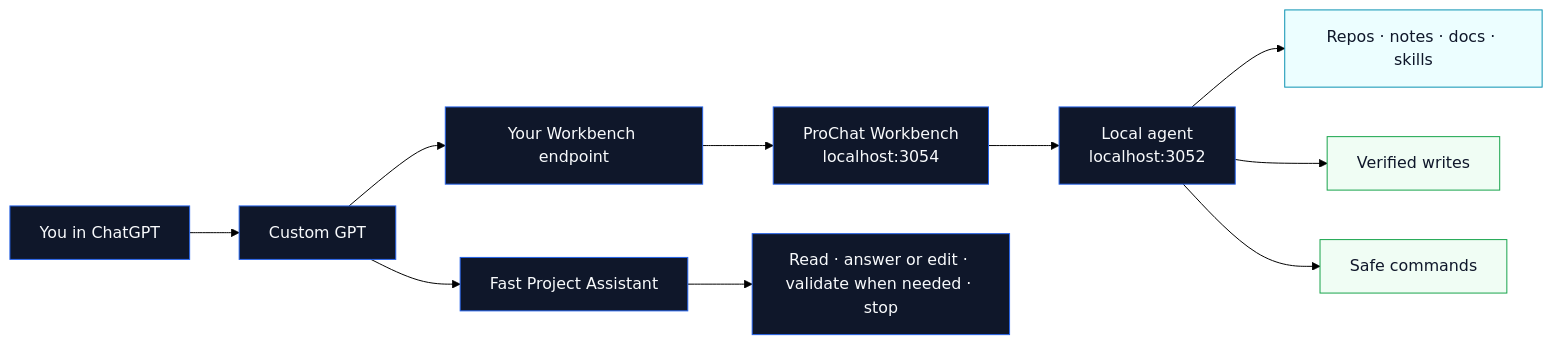
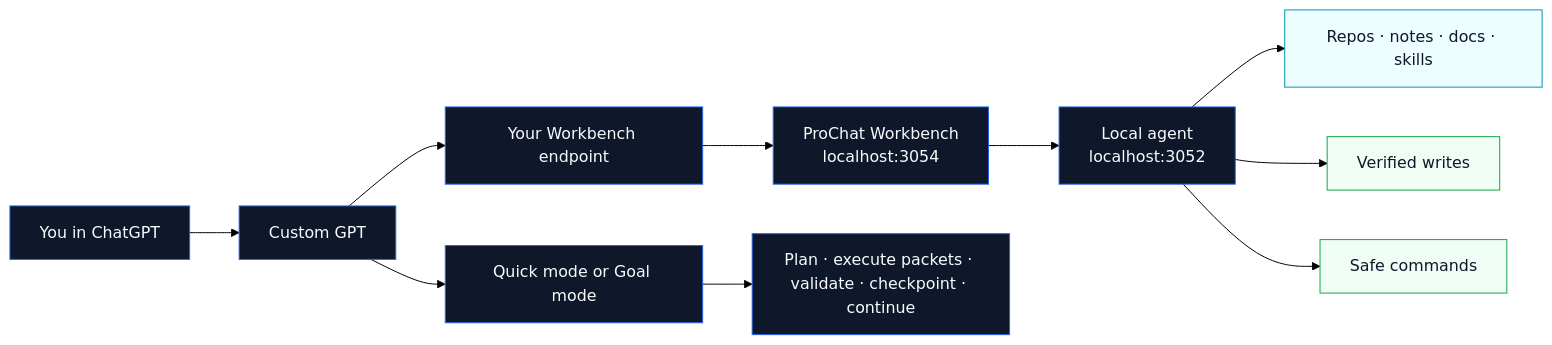
Before and after one commit to stevewesthoek/buildflow: the first of 2 diagrams in README.md, drawn with Mermaid (forest theme). The commit also changed other lines of this file and 42 other files, not shown here.

Commit message:
feat: complete autonomous Workbench run architecture

````diff
--- a/README.md
+++ b/README.md
@@ -18,20 +18,20 @@
 ```mermaid
 flowchart LR
   You["You in ChatGPT"] --> GPT["Custom GPT"]
   GPT --> Endpoint["Your Workbench endpoint"]
   Endpoint --> Web["ProChat Workbench<br/>localhost:3054"]
   Web --> Agent["Local agent<br/>localhost:3052"]
   Agent --> Sources["Repos · notes · docs · skills"]
   Agent --> Writes["Verified writes"]
   Agent --> Commands["Safe commands"]
-  GPT --> Assistant["Fast Project Assistant"]
-  Assistant --> Flow["Read · answer or edit · validate when needed · stop"]
+  GPT --> Assistant["Quick mode or Goal mode"]
+  Assistant --> Flow["Plan · execute packets · validate · checkpoint · continue"]
 
   classDef dark fill:#0f172a,stroke:#2563eb,color:#f8fafc;
   classDef local fill:#ecfeff,stroke:#0891b2,color:#0f172a;
   classDef safe fill:#f0fdf4,stroke:#16a34a,color:#0f172a;
 
   class You,GPT,Endpoint,Web,Agent,Assistant,Flow dark;
   class Sources local;
   class Writes,Commands safe;
 ```
````
